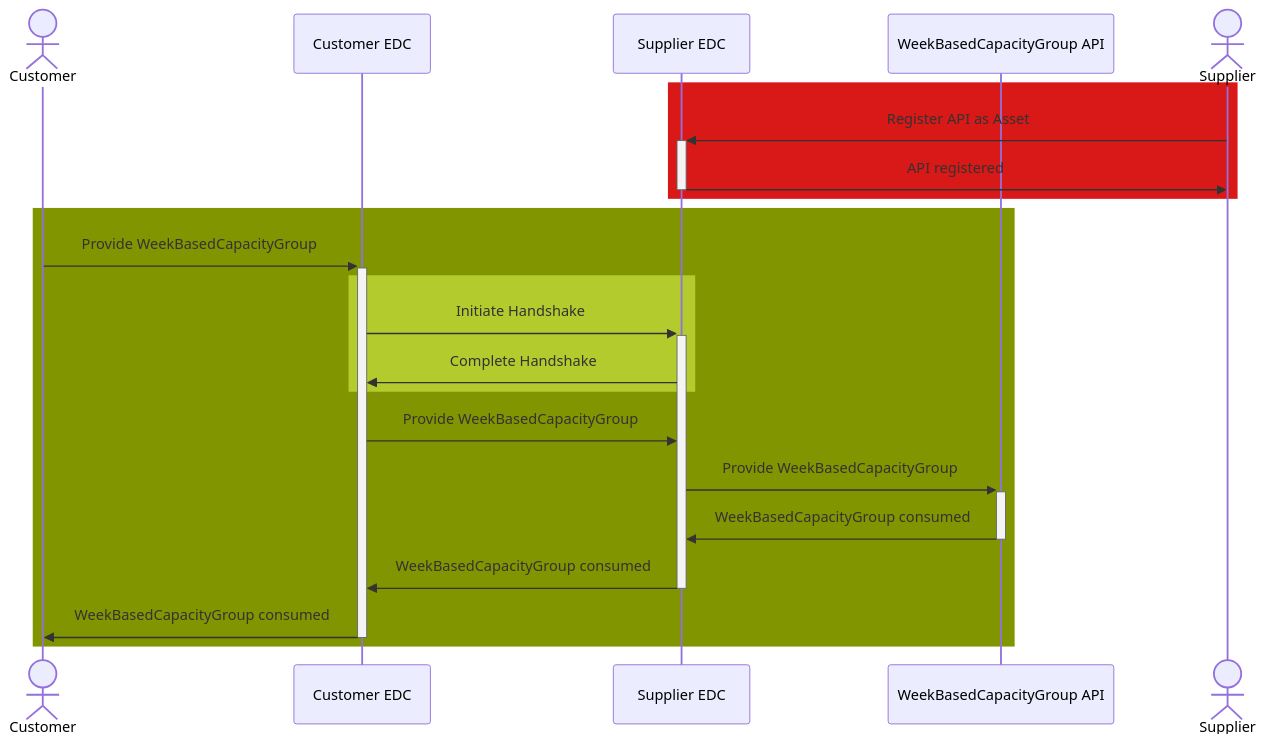
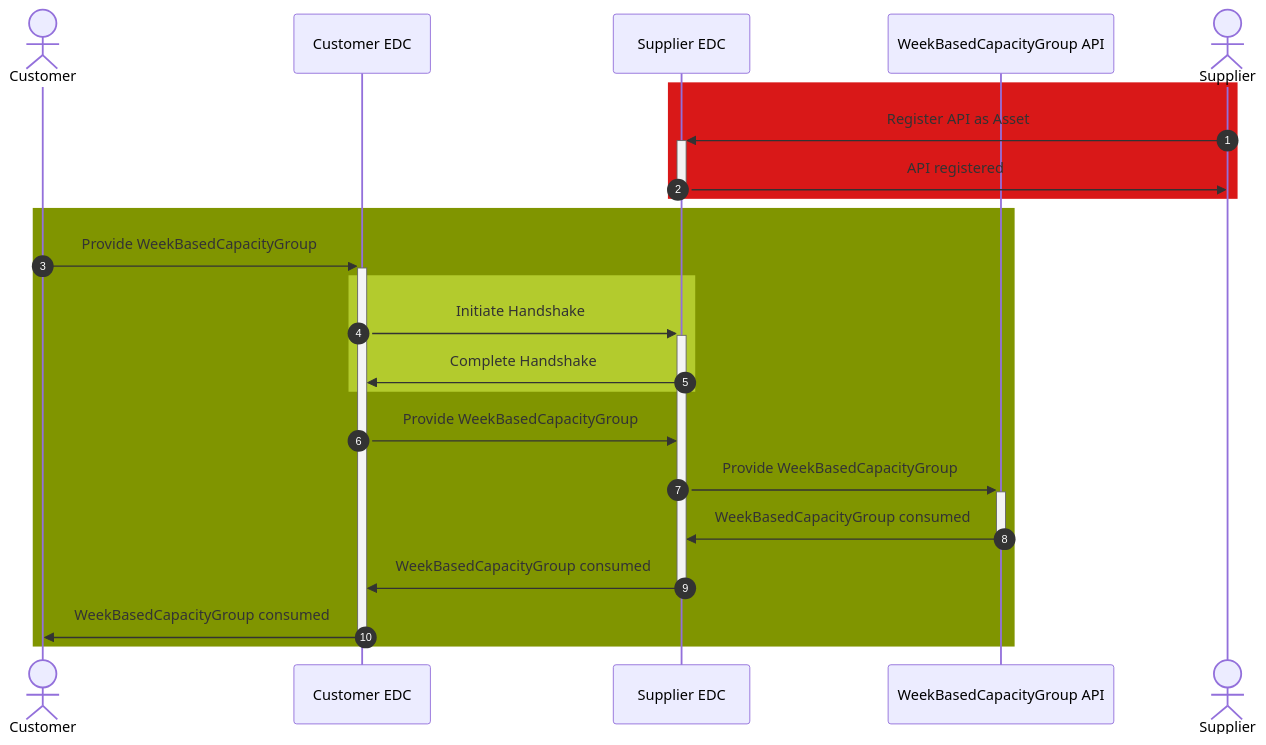
The diagram in docs-kits/kits/Demand and Capacity Management Kit/development-view/api-capacity-group.md (eclipse-tractusx/eclipse-tractusx.github.io), drawn with Mermaid before and after one commit. The commit also changed 12 other files, not shown here.

Commit message:
Added numbering to sequence diagrams

````diff
--- a/docs-kits/kits/Demand and Capacity Management Kit/development-view/api-capacity-group.md
+++ b/docs-kits/kits/Demand and Capacity Management Kit/development-view/api-capacity-group.md
@@ -22,27 +22,28 @@
 ```mermaid
 sequenceDiagram
+autonumber
     actor c as Customer 
     participant ce as Customer EDC
     participant se as Supplier EDC
     participant a as WeekBasedCapacityGroup API
     actor s as Supplier
     
     rect rgb(217,24,24)
     s->>+se: Register API as Asset
     se->>-s: API registered
     end
     rect rgb(128,149,00)
     c->>+ce: Provide WeekBasedCapacityGroup
     rect rgb(179,203,45)
     ce->>+se: Initiate Handshake
     se->>ce: Complete Handshake
     end
     ce->>se: Provide WeekBasedCapacityGroup
     se->>+a: Provide WeekBasedCapacityGroup
     a->>-se: WeekBasedCapacityGroup consumed
     se->>-ce: WeekBasedCapacityGroup consumed
     ce->>-c: WeekBasedCapacityGroup consumed
     
     end
   
 ```
````
